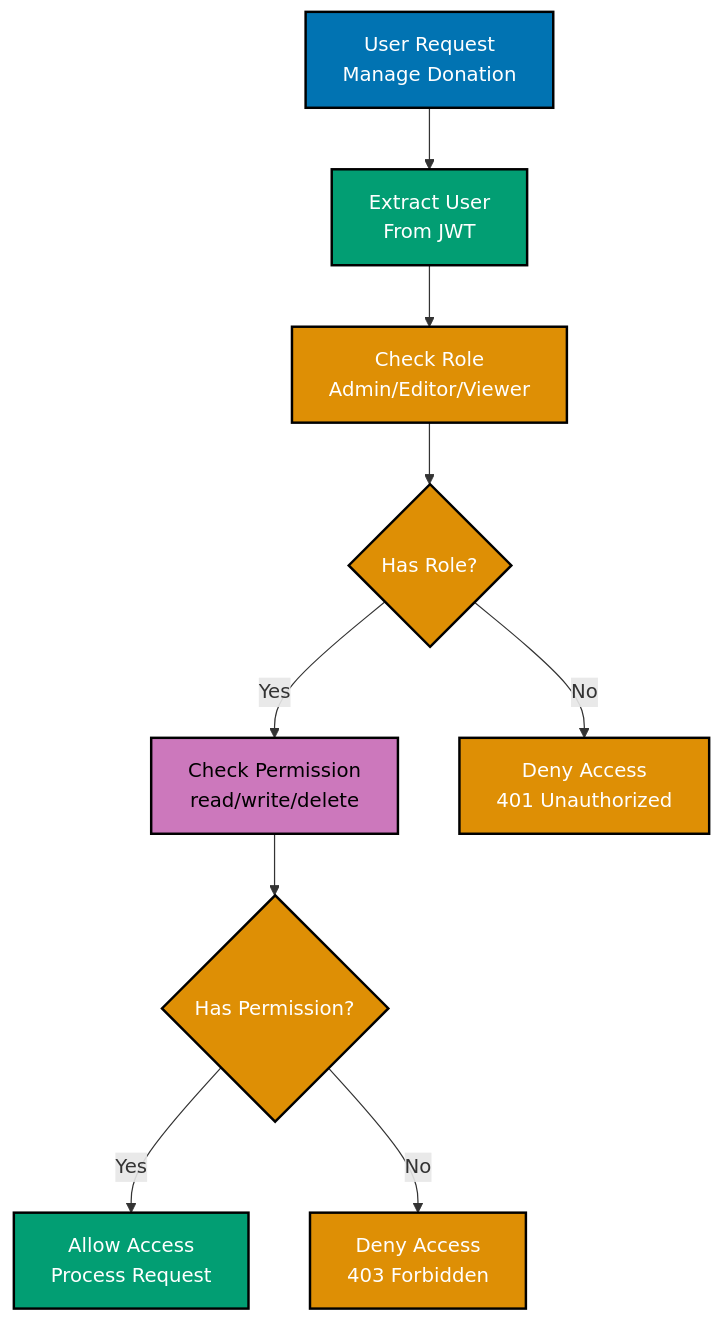
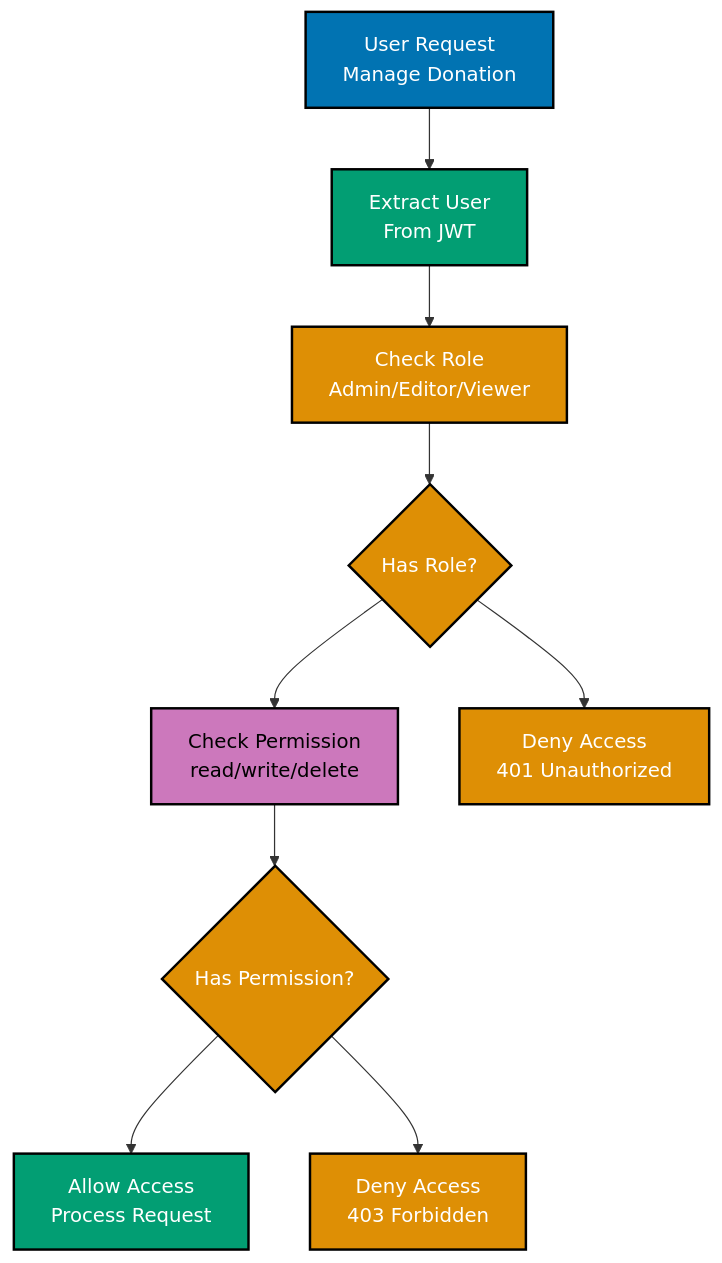
Before and after one commit to wahidyankf/ose-primer: the third of 6 diagrams in docs/explanation/software-engineering/programming-languages/golang/security-standards.md, drawn with Mermaid. The commit also changed other lines of this file and 11 other files, not shown here.

Commit message:
fix(docs): fix mermaid violations in golang/ docs (batch 3/10)

````diff
--- a/docs/explanation/software-engineering/programming-languages/golang/security-standards.md
+++ b/docs/explanation/software-engineering/programming-languages/golang/security-standards.md
@@ -1230,29 +1230,29 @@
 ```mermaid
 %% Color Palette: Blue #0173B2, Orange #DE8F05, Teal #029E73, Purple #CC78BC
 %% Role-based access control for zakat management
 
 graph TD
     A["User Request<br/>Manage Donation"]:::blue
     B["Extract User<br/>From JWT"]:::teal
     C["Check Role<br/>Admin/Editor/Viewer"]:::orange
     D{"Has Role?"}:::orange
     E["Check Permission<br/>read/write/delete"]:::purple
     F{"Has Permission?"}:::orange
     G["Allow Access<br/>Process Request"]:::teal
     H["Deny Access<br/>403 Forbidden"]:::orange
     I["Deny Access<br/>401 Unauthorized"]:::orange
 
     A --> B
     B --> C
     C --> D
-    D -->|"Yes"| E
-    D -->|"No"| I
+    D --> E
+    D --> I
     E --> F
-    F -->|"Yes"| G
-    F -->|"No"| H
+    F --> G
+    F --> H
 
     classDef blue fill:#0173B2,stroke:#000000,color:#FFFFFF,stroke-width:2px
     classDef orange fill:#DE8F05,stroke:#000000,color:#FFFFFF,stroke-width:2px
     classDef teal fill:#029E73,stroke:#000000,color:#FFFFFF,stroke-width:2px
     classDef purple fill:#CC78BC,stroke:#000000,color:#000000,stroke-width:2px
 ```
````
